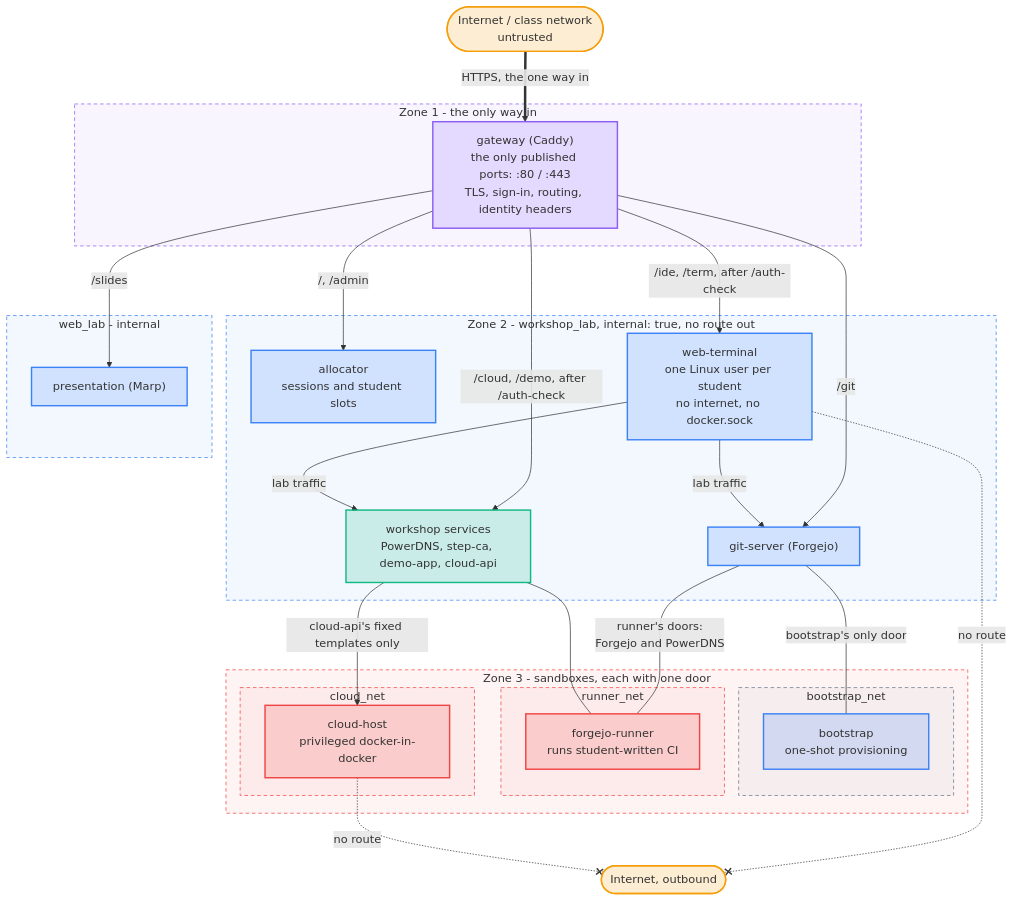
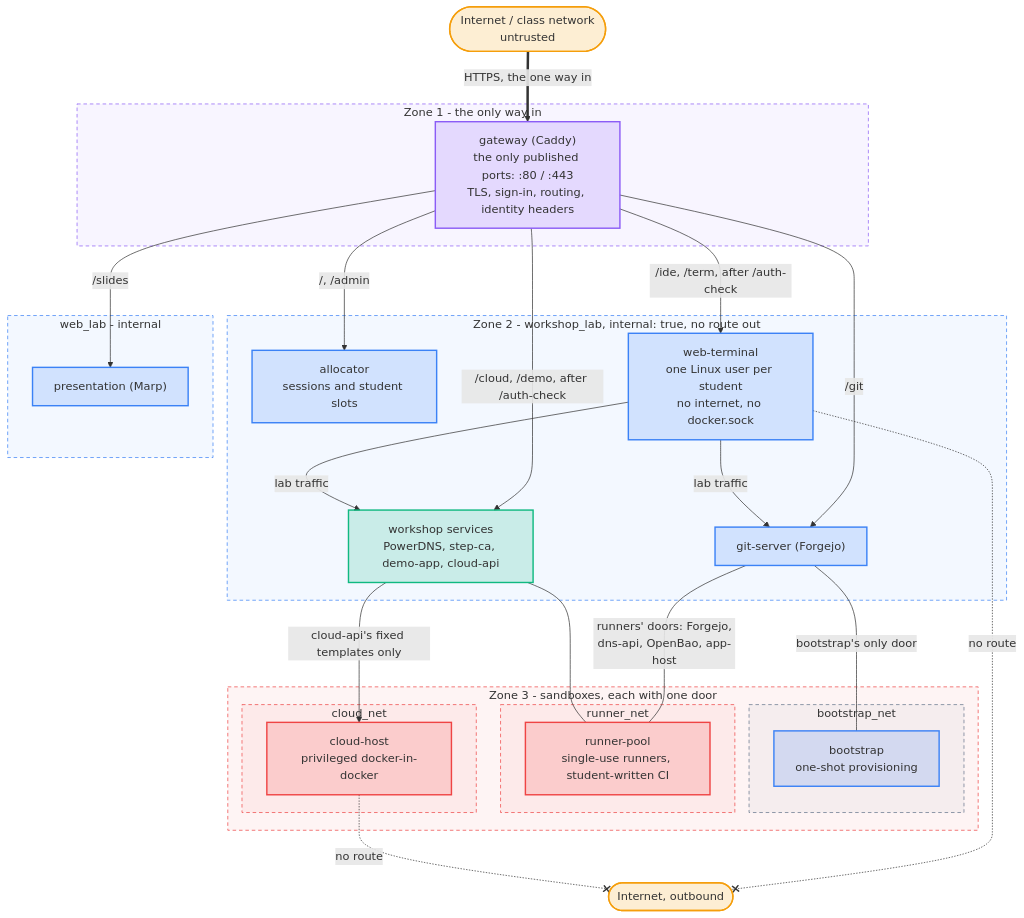
One commit to fiddler110/GitOps_Dojo changed diagram 12 of 14 in README.md. Above: the diagram before and after it, drawn with Mermaid. The commit also changed other lines of this file and 40 other files, not shown here.

````diff
--- a/README.md
+++ b/README.md
@@ -701,66 +708,66 @@
 ```mermaid
 graph TB
     NET(["Internet / class network<br/>untrusted"])
 
     subgraph z1["Zone 1 - the only way in"]
         GW["gateway (Caddy)<br/>the only published ports: :80 / :443<br/>TLS, sign-in, routing, identity headers"]
     end
 
     subgraph z2["Zone 2 - workshop_lab, internal: true, no route out"]
         AL["allocator<br/>sessions and student slots"]
         WT["web-terminal<br/>one Linux user per student<br/>no internet, no docker.sock"]
         GS["git-server (Forgejo)"]
         SVC["workshop services<br/>PowerDNS, step-ca, demo-app, cloud-api"]
     end
 
     subgraph z2b["web_lab - internal"]
         PR["presentation (Marp)"]
     end
 
     OUT(["Internet, outbound"])
 
     subgraph z3["Zone 3 - sandboxes, each with one door"]
         subgraph boot["bootstrap_net"]
             BS["bootstrap<br/>one-shot provisioning"]
         end
         subgraph rn["runner_net"]
-            RN["forgejo-runner<br/>runs student-written CI"]
+            RN["runner-pool<br/>single-use runners, student-written CI"]
         end
         subgraph cn["cloud_net"]
             HOST["cloud-host<br/>privileged docker-in-docker"]
         end
     end
 
     NET ==>|"HTTPS, the one way in"| GW
     GW -->|"/, /admin"| AL
     GW -->|"/ide, /term, after /auth-check"| WT
     GW -->|"/git"| GS
     GW -->|"/cloud, /demo, after /auth-check"| SVC
     GW -->|"/slides"| PR
     WT -->|"lab traffic"| GS
     WT -->|"lab traffic"| SVC
     GS ---|"bootstrap's only door"| BS
-    GS ---|"runner's doors:<br/>Forgejo and PowerDNS"| RN
+    GS ---|"runners' doors: Forgejo,<br/>dns-api, OpenBao, app-host"| RN
     SVC ---|" "| RN
     SVC -->|"cloud-api's fixed templates only"| HOST
     WT -.-x|"no route"| OUT
     HOST -.-x|"no route"| OUT
 
     classDef person fill:#f59e0b2e,stroke:#f59e0b,stroke-width:2px
     classDef gw fill:#8b5cf62e,stroke:#8b5cf6,stroke-width:2px
     classDef core fill:#3b82f62e,stroke:#3b82f6,stroke-width:2px
     classDef addon fill:#10b9812e,stroke:#10b981,stroke-width:2px
     classDef priv fill:#ef44442e,stroke:#ef4444,stroke-width:2px
     class NET,OUT person
     class GW gw
     class AL,WT,GS,PR,BS core
     class SVC addon
     class RN,HOST priv
     style z1 fill:#8b5cf60f,stroke:#8b5cf6,stroke-width:1px,stroke-dasharray:5 4
     style z2 fill:#3b82f60f,stroke:#3b82f6,stroke-width:1px,stroke-dasharray:5 4
     style z2b fill:#3b82f60f,stroke:#3b82f6,stroke-width:1px,stroke-dasharray:5 4
     style z3 fill:#ef44440f,stroke:#ef4444,stroke-width:1px,stroke-dasharray:5 4
     style boot fill:#64748b0f,stroke:#64748b,stroke-width:1px,stroke-dasharray:5 4
     style rn fill:#ef44440f,stroke:#ef4444,stroke-width:1px,stroke-dasharray:5 4
     style cn fill:#ef44440f,stroke:#ef4444,stroke-width:1px,stroke-dasharray:5 4
 ```
````
